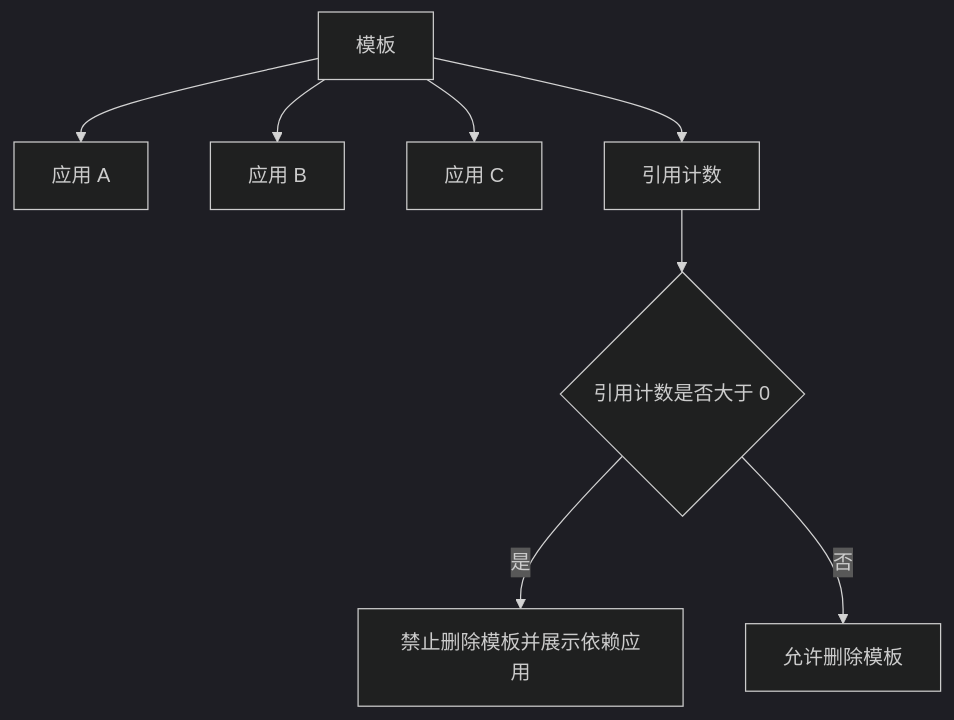
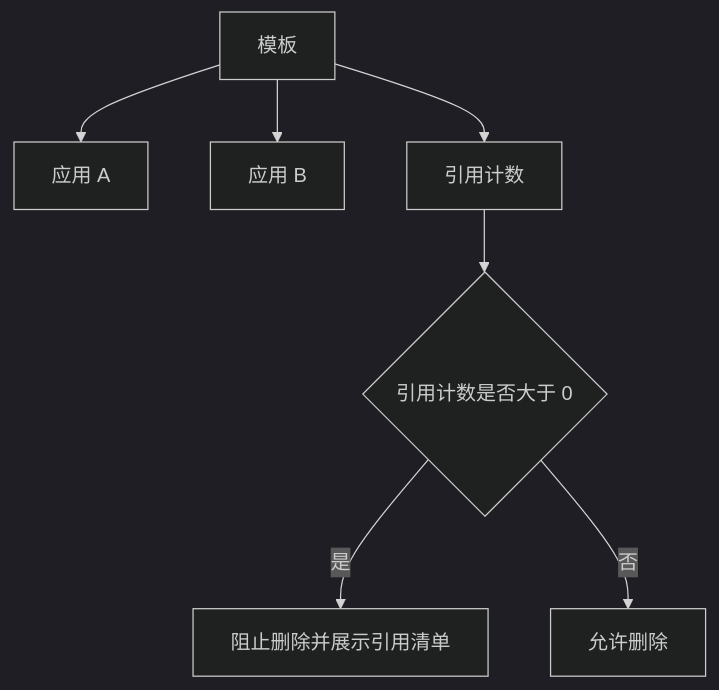
One commit to wangweihong/omnimam-spec changed the third of 3 diagrams in 00_product/domains/application-platform/product-spec.md. Above: the diagram before and after it, drawn with Mermaid (dark theme). The commit also changed other lines of this file and 8 other files, not shown here.

````diff
--- a/00_product/domains/application-platform/product-spec.md
+++ b/00_product/domains/application-platform/product-spec.md
@@ -706,10 +281,9 @@
 ```mermaid
 flowchart TD
   T["模板"] --> A1["应用 A"]
   T --> A2["应用 B"]
-  T --> A3["应用 C"]
   T --> R["引用计数"]
   R --> D{"引用计数是否大于 0"}
-  D -->|是| E["禁止删除模板并展示依赖应用"]
-  D -->|否| F["允许删除模板"]
+  D -->|是| E["阻止删除并展示引用清单"]
+  D -->|否| F["允许删除"]
 ```
````
